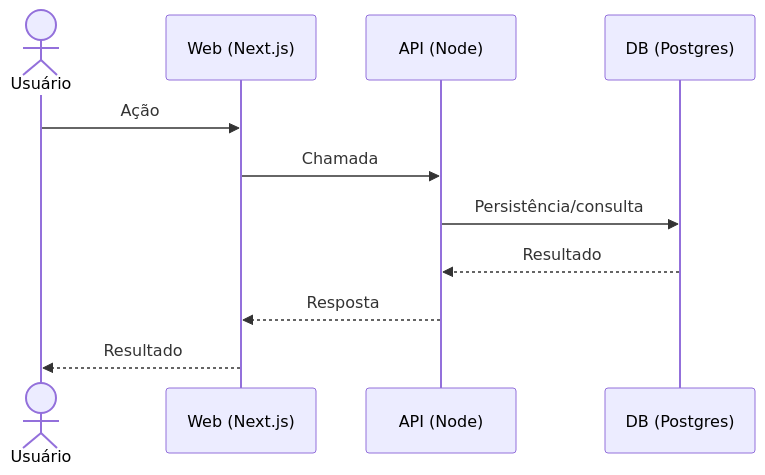
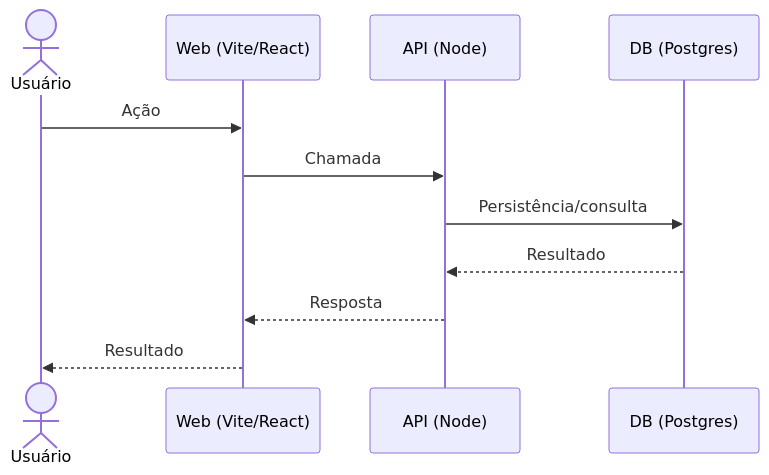
Before and after one commit to sulivanti/easycf: the second of 3 diagrams in docs/01_normativos/DOC-DEV-001_especificacao_executavel.md, drawn with Mermaid. The commit also changed other lines of this file and 103 other files, not shown here.

````diff
--- a/docs/01_normativos/DOC-DEV-001_especificacao_executavel.md
+++ b/docs/01_normativos/DOC-DEV-001_especificacao_executavel.md
@@ -897,14 +903,14 @@
 ```mermaid
 sequenceDiagram
   actor U as Usuário
-  participant W as Web (Next.js)
+  participant W as Web (Vite/React)
   participant A as API (Node)
   participant D as DB (Postgres)
 
   U->>W: Ação
   W->>A: Chamada
   A->>D: Persistência/consulta
   D-->>A: Resultado
   A-->>W: Resposta
   W-->>U: Resultado
 ```
````
